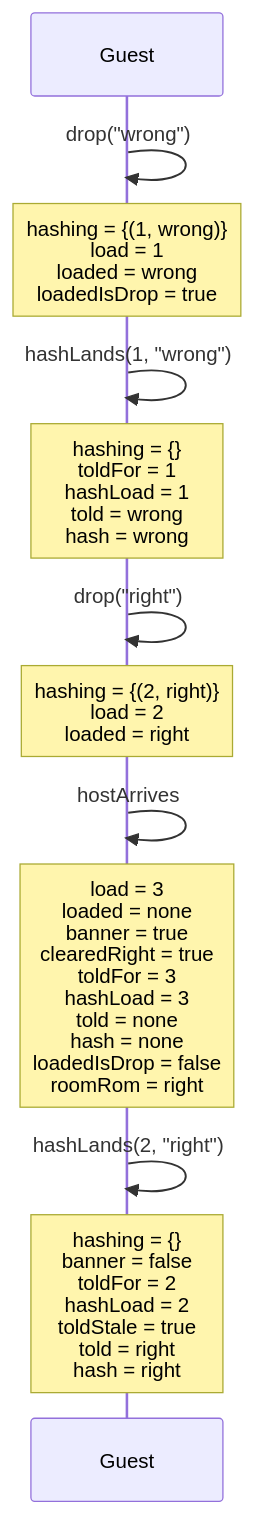
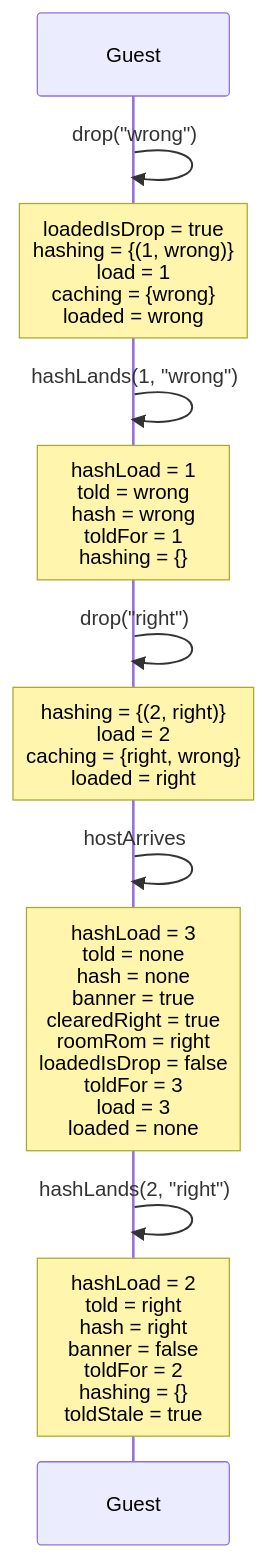
Before and after one commit to kwilson21/kaillera-next: diagram 18 of 27 in docs/spec-traces.md, drawn with Mermaid. The commit also changed other lines of this file and 11 other files, not shown here.

First line of the commit message:
fix: a guest with no ROM takes the host's new one from its ROM library (#316)

````diff
--- a/docs/spec-traces.md
+++ b/docs/spec-traces.md
@@ -528,14 +528,14 @@
 ```mermaid
 sequenceDiagram
   participant Guest
   Guest->>Guest: drop("wrong")
-  Note over Guest: hashing = {(1, wrong)}<br/>load = 1<br/>loaded = wrong<br/>loadedIsDrop = true
+  Note over Guest: loadedIsDrop = true<br/>hashing = {(1, wrong)}<br/>load = 1<br/>caching = {wrong}<br/>loaded = wrong
   Guest->>Guest: hashLands(1, "wrong")
-  Note over Guest: hashing = {}<br/>toldFor = 1<br/>hashLoad = 1<br/>told = wrong<br/>hash = wrong
+  Note over Guest: hashLoad = 1<br/>told = wrong<br/>hash = wrong<br/>toldFor = 1<br/>hashing = {}
   Guest->>Guest: drop("right")
-  Note over Guest: hashing = {(2, right)}<br/>load = 2<br/>loaded = right
+  Note over Guest: hashing = {(2, right)}<br/>load = 2<br/>caching = {right, wrong}<br/>loaded = right
   Guest->>Guest: hostArrives
-  Note over Guest: load = 3<br/>loaded = none<br/>banner = true<br/>clearedRight = true<br/>toldFor = 3<br/>hashLoad = 3<br/>told = none<br/>hash = none<br/>loadedIsDrop = false<br/>roomRom = right
+  Note over Guest: hashLoad = 3<br/>told = none<br/>hash = none<br/>banner = true<br/>clearedRight = true<br/>roomRom = right<br/>loadedIsDrop = false<br/>toldFor = 3<br/>load = 3<br/>loaded = none
   Guest->>Guest: hashLands(2, "right")
-  Note over Guest: hashing = {}<br/>banner = false<br/>toldFor = 2<br/>hashLoad = 2<br/>toldStale = true<br/>told = right<br/>hash = right
+  Note over Guest: hashLoad = 2<br/>told = right<br/>hash = right<br/>banner = false<br/>toldFor = 2<br/>hashing = {}<br/>toldStale = true
 ```
````
